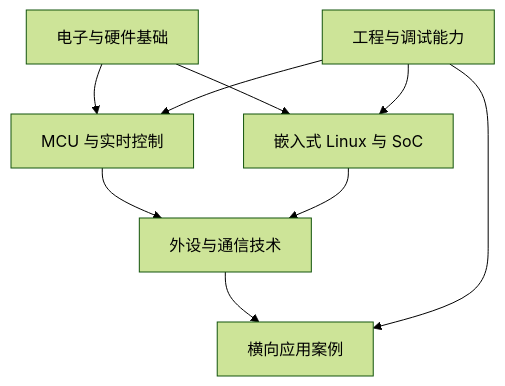
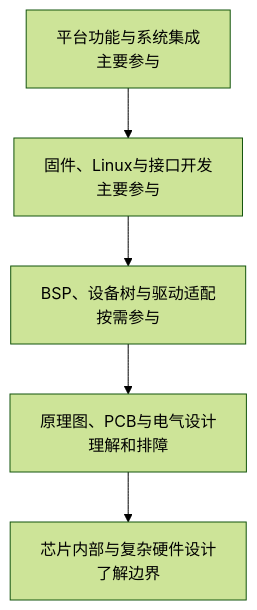
Before and after one commit to QiYang2020/embedded-systems-learning: the diagram in 00-导航/技术全景图.md, drawn with Mermaid (forest theme). The commit also changed other lines of this file, not shown here.

Commit message:
docs: align 00-导航/技术全景图.md with platform integration role

````diff
--- a/00-导航/技术全景图.md
+++ b/00-导航/技术全景图.md
@@ -5,11 +5,7 @@
 ```mermaid
 flowchart TD
-    A["电子与硬件基础"] --> B["MCU 与实时控制"]
-    A --> C["嵌入式 Linux 与 SoC"]
-    B --> D["外设与通信技术"]
-    C --> D
-    D --> E["横向应用案例"]
-    F["工程与调试能力"] --> B
-    F --> C
-    F --> E
+    A["平台功能与系统集成<br/>主要参与"] --> B["固件、Linux与接口开发<br/>主要参与"]
+    B --> C["BSP、设备树与驱动适配<br/>按需参与"]
+    C --> D["原理图、PCB与电气设计<br/>理解和排障"]
+    D --> E["芯片内部与复杂硬件设计<br/>了解边界"]
 ```
````
